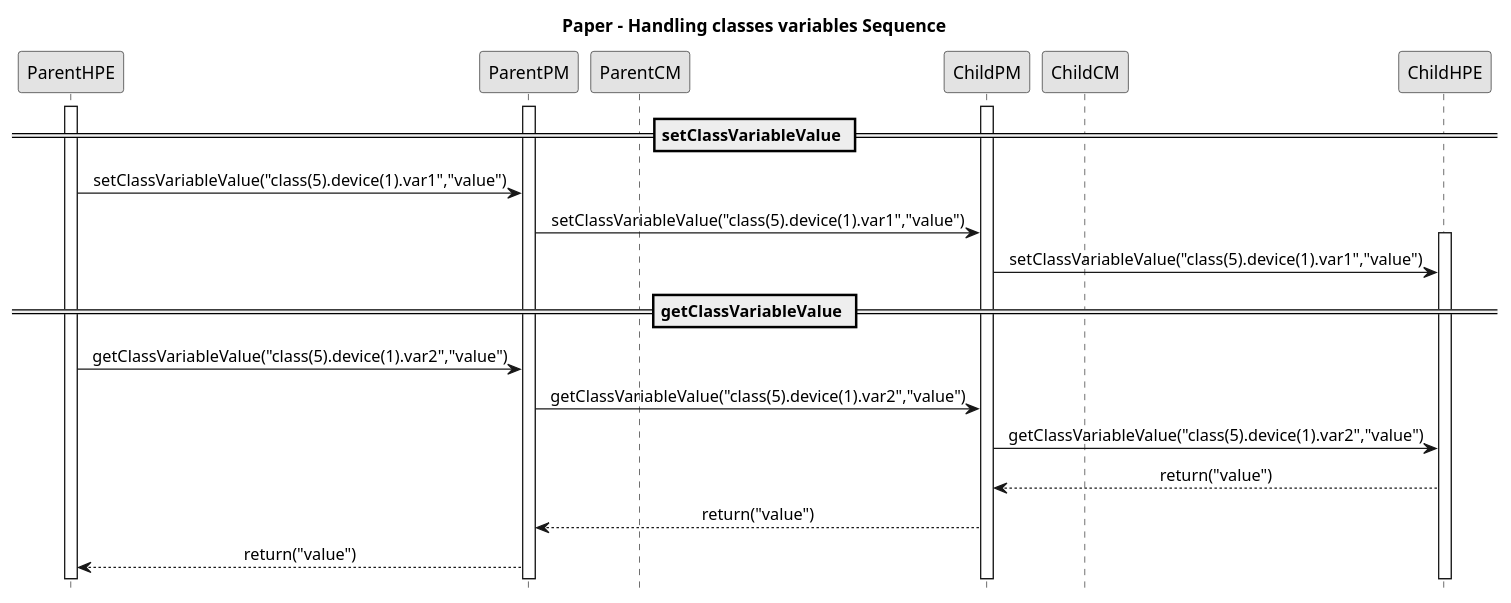
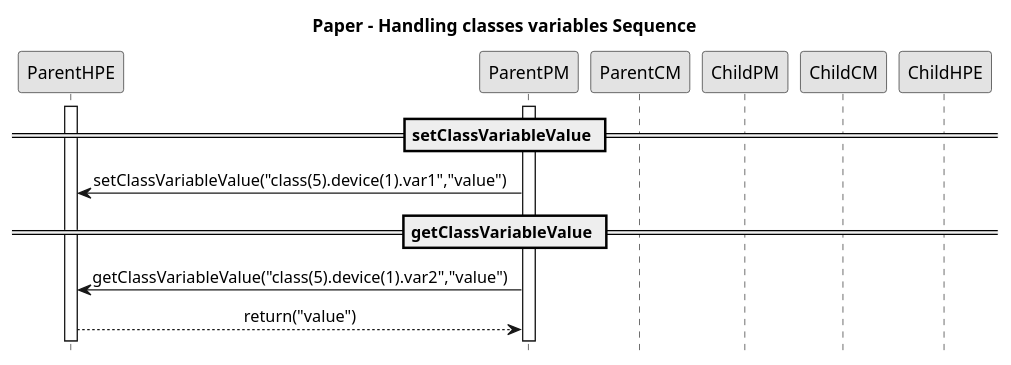
Before and after one commit to alanlivio/fsmda: the diagram in sequence2.plantuml, drawn with PlantUML. The commit also changed 8 other files, not shown here.

Commit message:
docs: Fixes in diagrams and delete proposals.

```diff
--- a/sequence2.plantuml
+++ b/sequence2.plantuml
@@ -2,32 +2,24 @@
 @startuml
 hide footbox
 skinparam monochrome true
 skinparam sequenceMessageAlign center
 
 participant ParentHPE
 participant ParentPM
 participant ParentCM
 participant ChildPM
 participant ChildCM
 participant ChildHPE
 
 '====================Paper - Handling classes variables Sequenc''''''''''''''''
 title Paper - Handling classes variables Sequence
 activate ParentHPE
 activate ParentPM
-activate ChildPM
 == setClassVariableValue ==
-ParentHPE->ParentPM: setClassVariableValue("class(5).device(1).var1","value")
-ParentPM->ChildPM: setClassVariableValue("class(5).device(1).var1","value")
-activate ChildHPE
-ChildPM->ChildHPE: setClassVariableValue("class(5).device(1).var1","value")
+ParentPM->ParentHPE: setClassVariableValue("class(5).device(1).var1","value")
 == getClassVariableValue ==
-ParentHPE->ParentPM: getClassVariableValue("class(5).device(1).var2","value")
-ParentPM->ChildPM: getClassVariableValue("class(5).device(1).var2","value")
-ChildPM->ChildHPE: getClassVariableValue("class(5).device(1).var2","value")
-ChildHPE-->ChildPM: return("value")
-ChildPM-->ParentPM: return("value")
-ParentPM-->ParentHPE: return("value")
+ParentPM->ParentHPE: getClassVariableValue("class(5).device(1).var2","value")
+ParentHPE-->ParentPM: return("value")
 
 '====================Ending PLANTUML params====================
 @enduml
```
